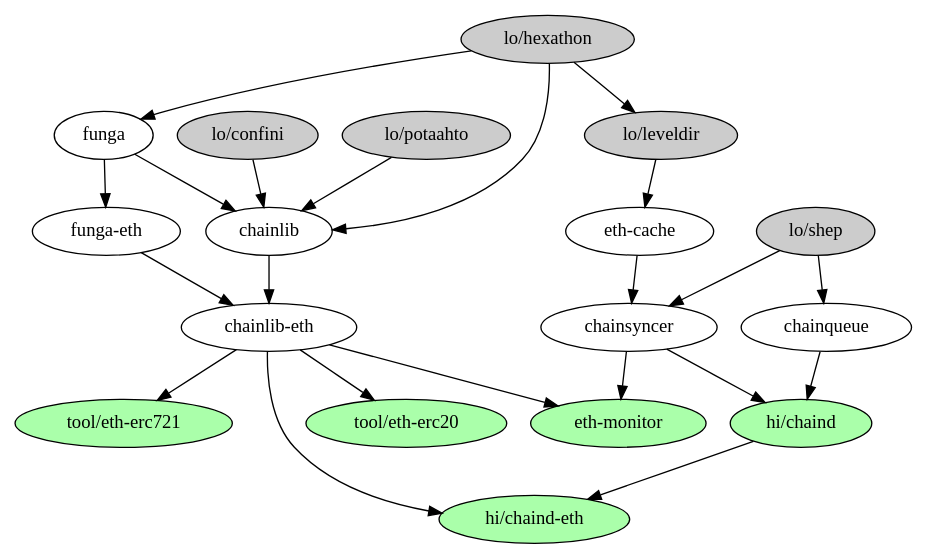
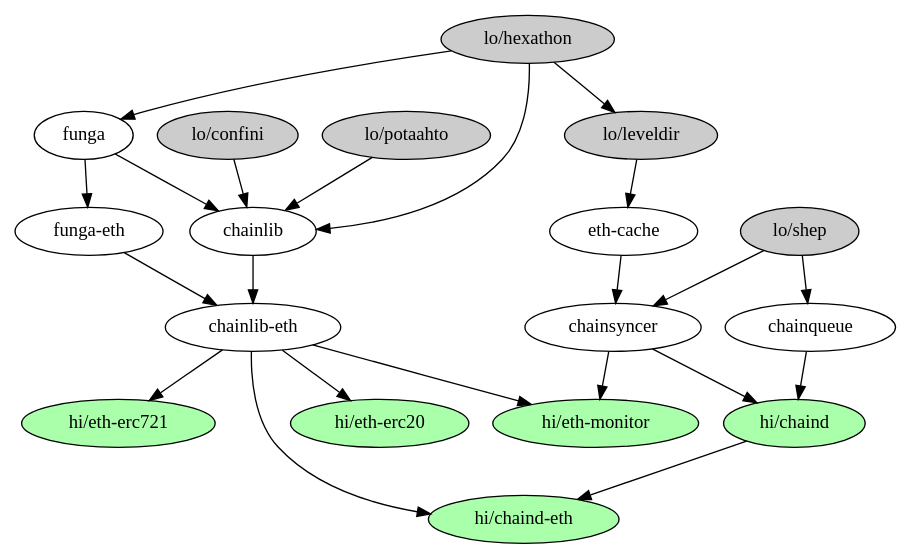
One commit to chaintool-py/documentation changed the diagram in deps.dot. Above: the diagram before and after it, drawn with Graphviz. The commit also changed 1 other file, not shown here.

Commit message:
Correct prefixes in current state of graphviz file

```diff
--- a/deps.dot
+++ b/deps.dot
@@ -1,52 +1,52 @@
 digraph {
 	confini [ label="lo/confini", style="filled"; fillcolor="#cccccc" ];
 	hexathon [ label="lo/hexathon", style="filled"; fillcolor="#cccccc" ];
 	potaahto [ label="lo/potaahto", style="filled"; fillcolor="#cccccc" ];
 	leveldir [ label="lo/leveldir", style="filled"; fillcolor="#cccccc" ];
 	shep [ label="lo/shep", style="filled"; fillcolor="#cccccc" ];
 
 	chainlib [ label="chainlib" ];
 	chainlib_eth [ label="chainlib-eth" ];
 	funga [ label="funga" ];
 	funga_eth [ label="funga-eth" ];
 	eth_cache [ label="eth-cache" ];
 	chainsyncer [ label="chainsyncer" ];
 	chainqueue [ label="chainqueue" ];
 
 	chaind [ label="hi/chaind", style="filled", fillcolor="#aaffaa" ];
 	chaind_eth [ label="hi/chaind-eth", style="filled", fillcolor="#aaffaa" ];
 
-	eth_monitor [ label="eth-monitor", style="filled", fillcolor="#aaffaa" ];
+	eth_monitor [ label="hi/eth-monitor", style="filled", fillcolor="#aaffaa" ];
 
-	eth_erc20 [ label="tool/eth-erc20", style="filled", fillcolor="#aaffaa" ];
-	eth_erc721 [ label="tool/eth-erc721", style="filled", fillcolor="#aaffaa" ];
+	eth_erc20 [ label="hi/eth-erc20", style="filled", fillcolor="#aaffaa" ];
+	eth_erc721 [ label="hi/eth-erc721", style="filled", fillcolor="#aaffaa" ];
 
 	confini -> chainlib
 	hexathon -> chainlib
 	potaahto -> chainlib
 	chainlib -> chainlib_eth
 	
 	hexathon -> funga
 	funga -> funga_eth
 
 	hexathon -> leveldir -> eth_cache
 
 	eth_cache -> chainsyncer
 	shep -> chainsyncer
 	shep -> chainqueue
 
 	chainsyncer -> chaind
 	chainqueue -> chaind
 	chaind -> chaind_eth
 
 	chainsyncer -> eth_monitor
 
 	chainlib_eth -> eth_erc20
 	chainlib_eth -> eth_erc721
 
 	funga -> chainlib
 	funga_eth -> chainlib_eth
 
 	chainlib_eth -> eth_monitor
 	chainlib_eth -> chaind_eth
 }
```
